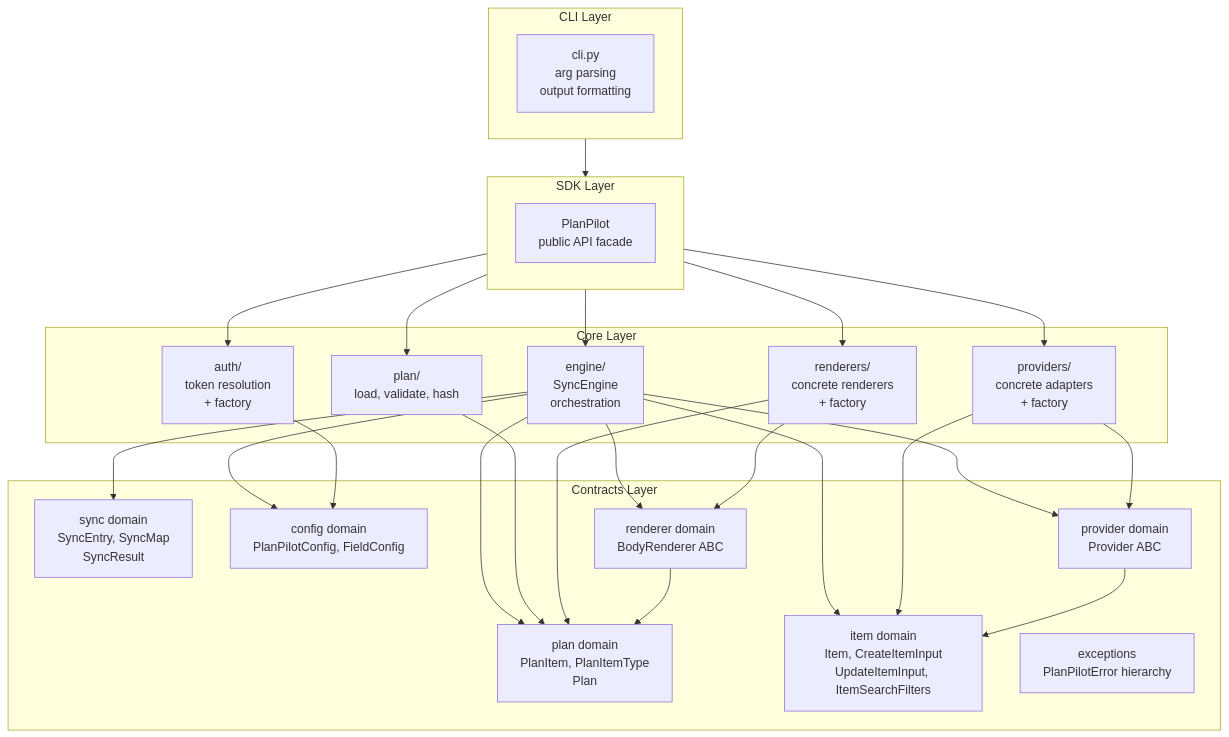
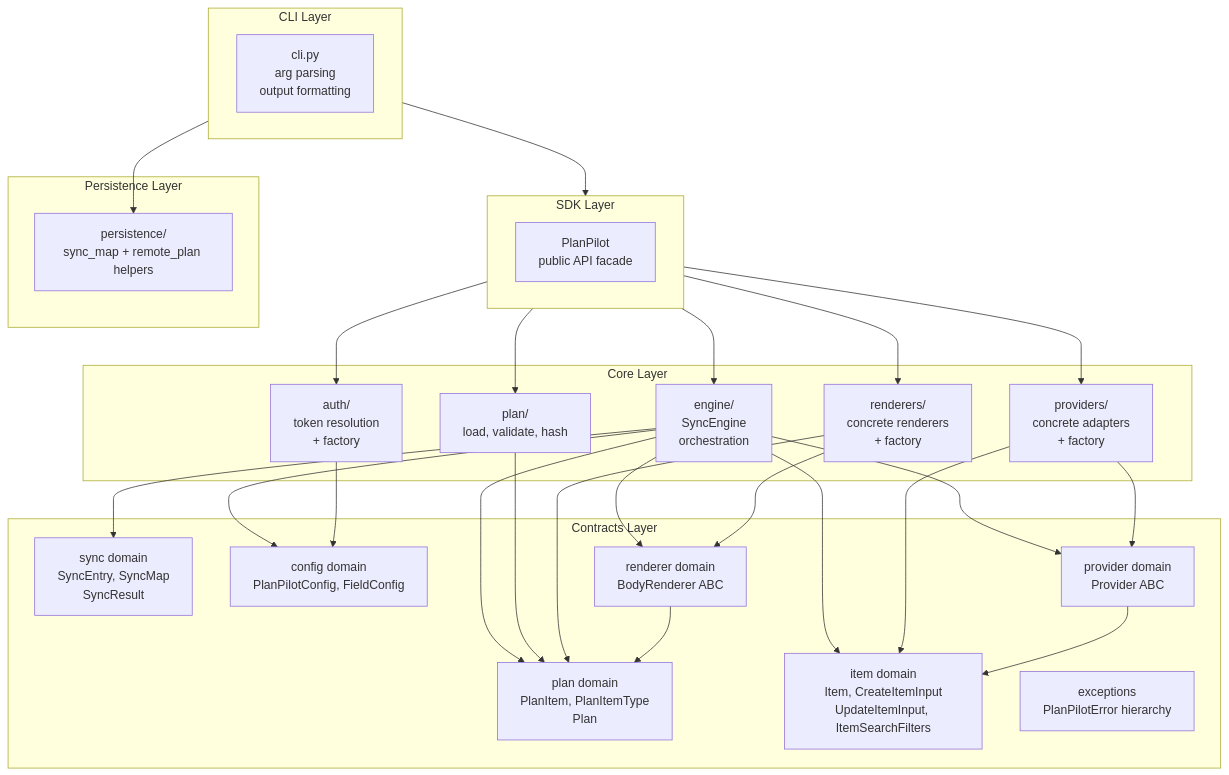
The first of 3 diagrams in docs/design/architecture.md (aryeko/planpilot), drawn with Mermaid before and after one commit. The commit also changed other lines of this file and 18 other files, not shown here.

````diff
--- a/docs/design/architecture.md
+++ b/docs/design/architecture.md
@@ -17,49 +17,54 @@
 ```mermaid
 flowchart TB
     subgraph Contracts["Contracts Layer"]
         PlanDomain["plan domain<br/>PlanItem, PlanItemType<br/>Plan"]
         ItemDomain["item domain<br/>Item, CreateItemInput<br/>UpdateItemInput, ItemSearchFilters"]
         SyncDomain["sync domain<br/>SyncEntry, SyncMap<br/>SyncResult"]
         ConfigDomain["config domain<br/>PlanPilotConfig, FieldConfig"]
         ProviderDomain["provider domain<br/>Provider ABC"]
         RendererDomain["renderer domain<br/>BodyRenderer ABC"]
         Exceptions["exceptions<br/>PlanPilotError hierarchy"]
     end
 
     subgraph Core["Core Layer"]
         Engine["engine/<br/>SyncEngine<br/>orchestration"]
         PlanCore["plan/<br/>load, validate, hash"]
         Providers["providers/<br/>concrete adapters<br/>+ factory"]
         Renderers["renderers/<br/>concrete renderers<br/>+ factory"]
         Auth["auth/<br/>token resolution<br/>+ factory"]
     end
 
     subgraph SDK["SDK Layer"]
         PlanPilot["PlanPilot<br/>public API facade"]
     end
 
+    subgraph Persistence["Persistence Layer"]
+        PersistenceHelpers["persistence/<br/>sync_map + remote_plan helpers"]
+    end
+
     subgraph CLI["CLI Layer"]
         CLIModule["cli.py<br/>arg parsing<br/>output formatting"]
     end
 
     CLI --> SDK
+    CLI --> PersistenceHelpers
     SDK --> Engine
     SDK --> PlanCore
     SDK --> Providers
     SDK --> Renderers
     SDK --> Auth
     Engine --> ProviderDomain
     Engine --> RendererDomain
     Engine --> PlanDomain
     Engine --> ItemDomain
     Engine --> SyncDomain
     Engine --> ConfigDomain
     PlanCore --> PlanDomain
     Providers --> ProviderDomain
     Providers --> ItemDomain
     Renderers --> RendererDomain
     Renderers --> PlanDomain
     Auth --> ConfigDomain
     RendererDomain --> PlanDomain
     ProviderDomain --> ItemDomain
 ```
````
